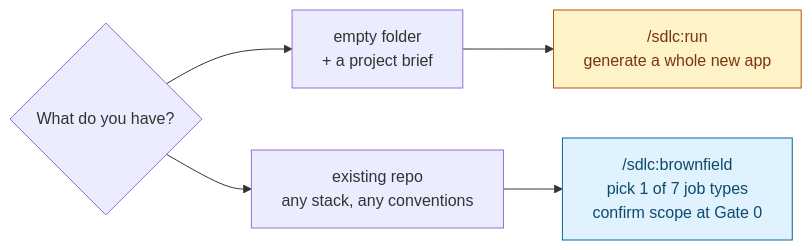
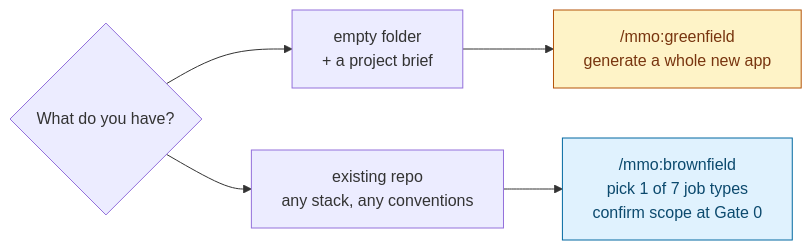
One commit to tl-ai-labs/ai-sdlc-orchestrator-claude-code-harness changed the third of 3 diagrams in README.md. Above: the diagram before and after it, drawn with Mermaid. The commit also changed other lines of this file and 107 other files, not shown here.

First line of the commit message:
rename!: sdlc → mmo across commands, MCP server, and env vars

````diff
--- a/README.md
+++ b/README.md
@@ -131,14 +131,14 @@
 ```mermaid
 flowchart LR
     Q{What do you have?}
     E[empty folder<br/>+ a project brief]
     R[existing repo<br/>any stack, any conventions]
-    G["/sdlc:run<br/>generate a whole new app"]:::opus
-    B["/sdlc:brownfield<br/>pick 1 of 7 job types<br/>confirm scope at Gate 0"]:::gem
+    G["/mmo:greenfield<br/>generate a whole new app"]:::opus
+    B["/mmo:brownfield<br/>pick 1 of 7 job types<br/>confirm scope at Gate 0"]:::gem
 
     Q --> E --> G
     Q --> R --> B
 
     classDef opus fill:#FEF3C7,stroke:#B45309,color:#78350F
     classDef gem  fill:#E0F2FE,stroke:#0369A1,color:#0C4A6E
 ```
````
